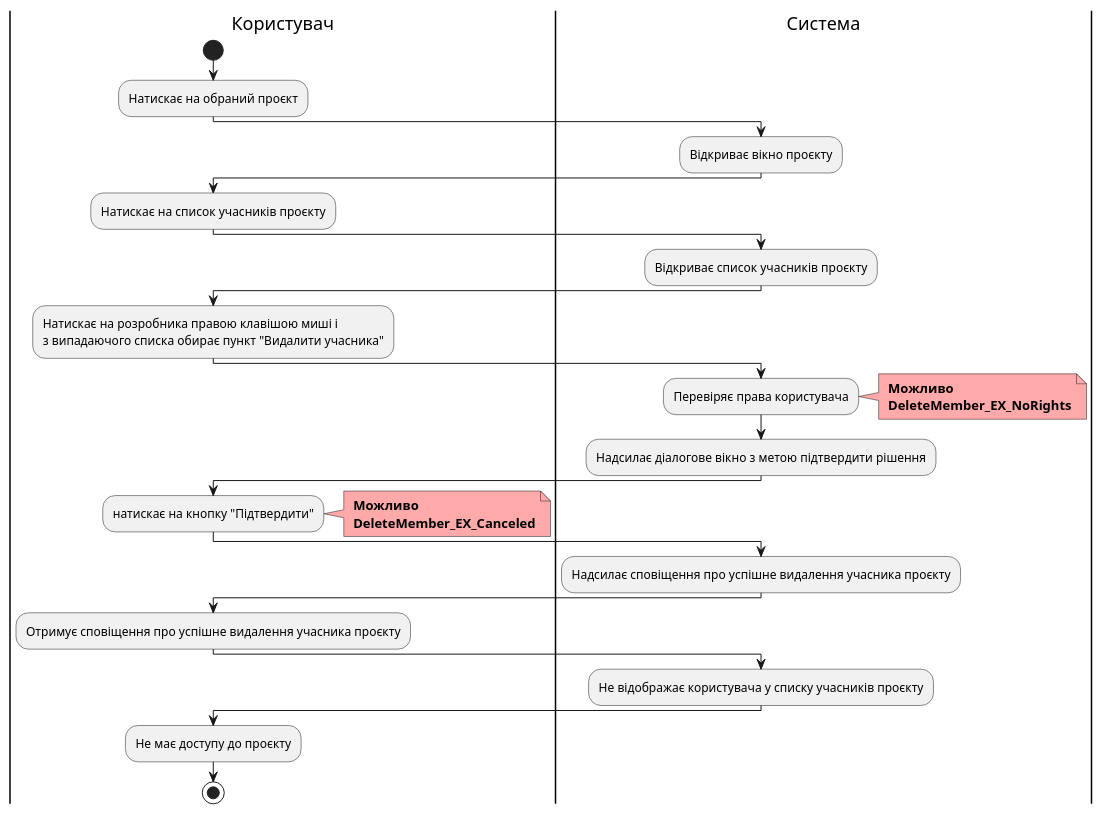
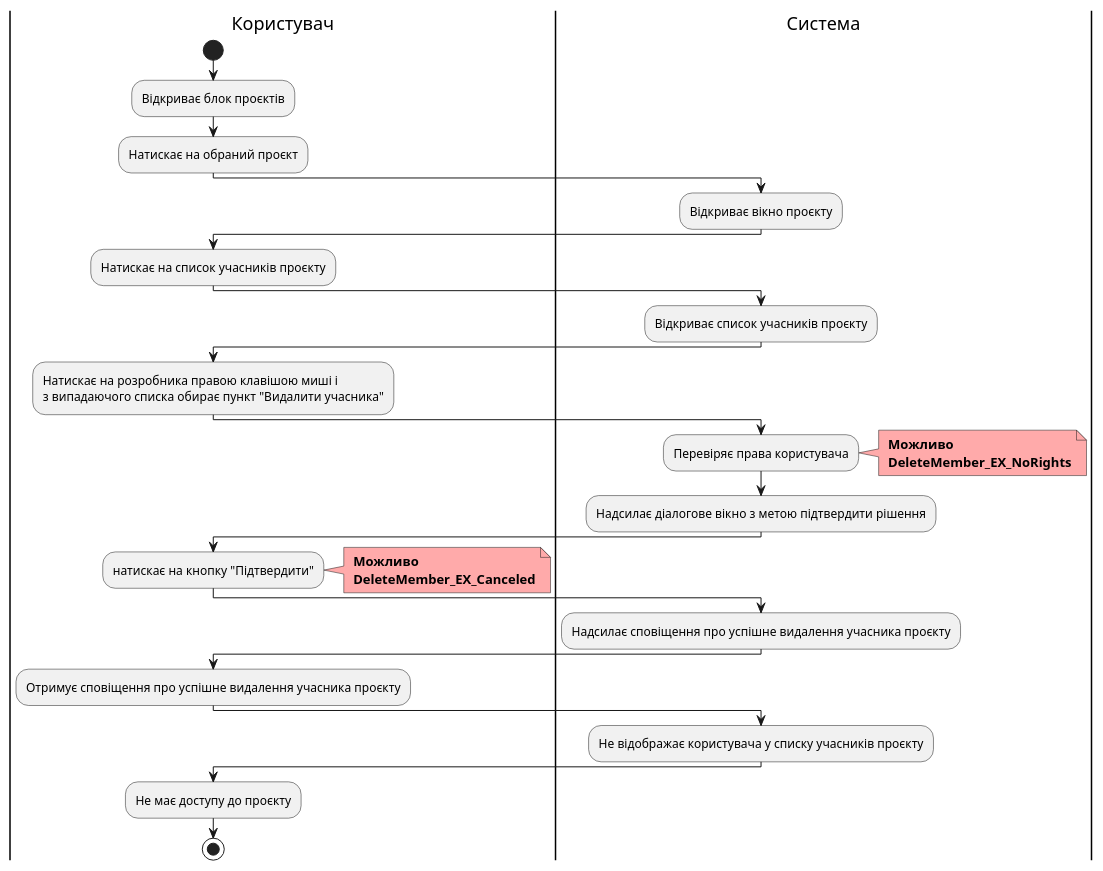
Before and after one commit to boldak/edu-db-cw: diagram 19 of 19 in docs/use cases/README.md, drawn with PlantUML. The commit also changed other lines of this file and 1 other file, not shown here.

```diff
--- a/docs/use cases/README.md
+++ b/docs/use cases/README.md
@@ -1341,49 +1368,50 @@
 @startuml
 
     |Користувач|
         start;    
+        :Відкриває блок проєктів;
         :Натискає на обраний проєкт;
 
     |Система|
         :Відкриває вікно проєкту;
 
     |Користувач|
         :Натискає на список учасників проєкту;
 
     |Система|
         :Відкриває список учасників проєкту;
 
     |Користувач|
         :Натискає на розробника правою клавішою миші і 
         з випадаючого списка обирає пункт "Видалити учасника";
 
     |Система|
         :Перевіряє права користувача;
         note right #ffaaaa
         <b> Можливо
         <b> DeleteMember_EX_NoRights
         end note
 
         :Надсилає діалогове вікно з метою підтвердити рішення;
 
     |Користувач|
         :натискає на кнопку "Підтвердити";
         note right #ffaaaa
         <b> Можливо
         <b> DeleteMember_EX_Canceled
         end note
 
     |Система|
         :Надсилає сповіщення про успішне видалення учасника проєкту;
 
     |Користувач|
         :Отримує сповіщення про успішне видалення учасника проєкту;
 
     |Система|
         :Не відображає користувача у списку учасників проєкту;
 
     |Користувач|
         :Не має доступу до проєкту;
         stop;
 
 @enduml
```
